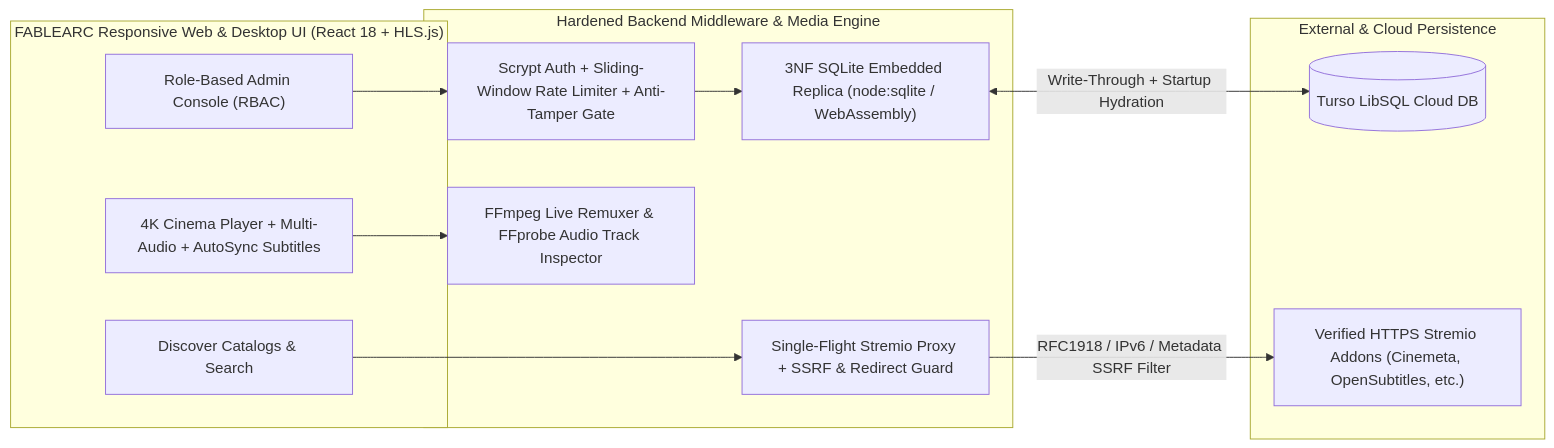
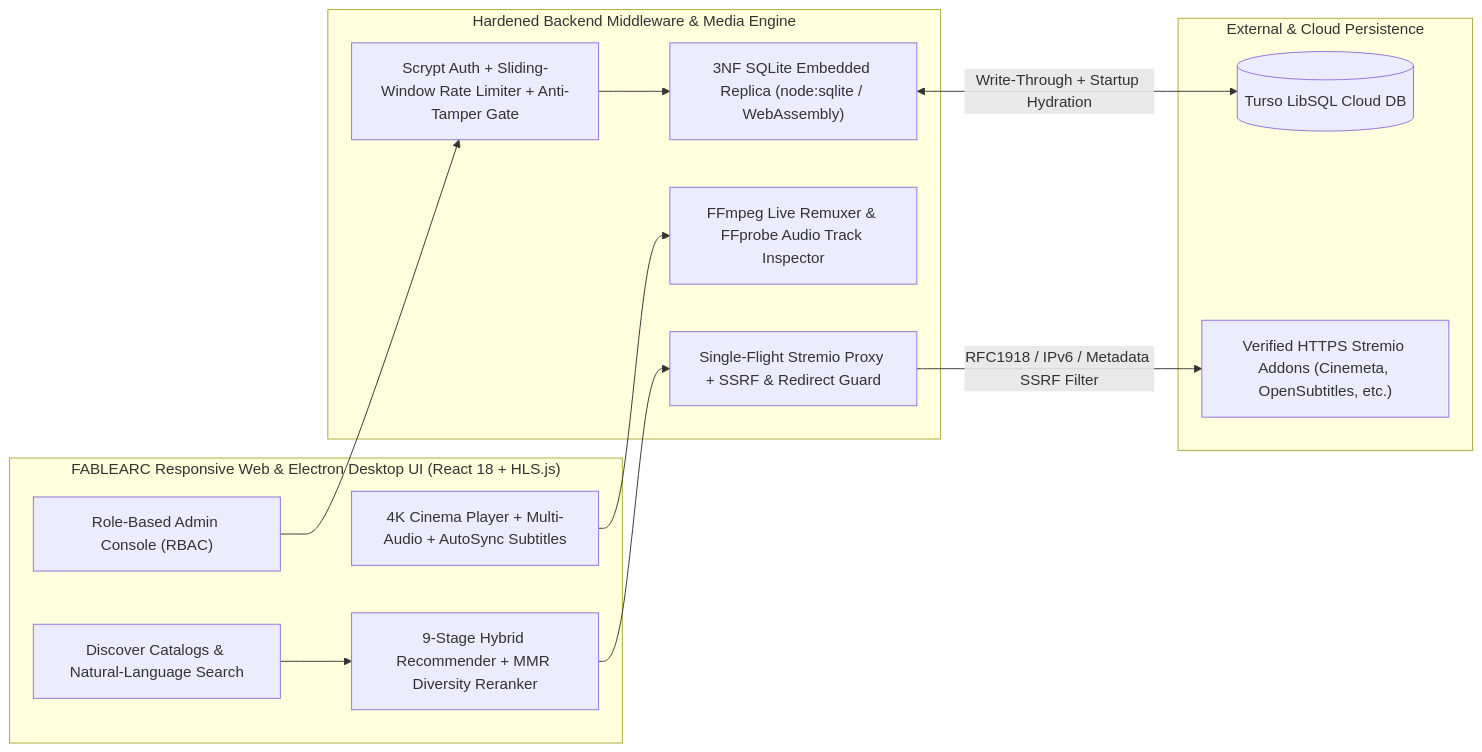
Before and after one commit to evilninja6726/fablearc: the diagram in README.md, drawn with Mermaid. The commit also changed other lines of this file and 1 other file, not shown here.

Commit message:
docs: upgrade architecture documentation and repository linguist configuration

````diff
--- a/README.md
+++ b/README.md
@@ -25,27 +25,29 @@
 ```mermaid
 flowchart LR
-  subgraph Client["FABLEARC Responsive Web & Desktop UI (React 18 + HLS.js)"]
-    Discover["Discover Catalogs & Search"]
+  subgraph Client["FABLEARC Responsive Web & Electron Desktop UI (React 18 + HLS.js)"]
+    Discover["Discover Catalogs & Natural-Language Search"]
+    RecEngine["9-Stage Hybrid Recommender + MMR Diversity Reranker"]
     Player["4K Cinema Player + Multi-Audio + AutoSync Subtitles"]
     Admin["Role-Based Admin Console (RBAC)"]
   end
 
   subgraph Server["Hardened Backend Middleware & Media Engine"]
     Auth["Scrypt Auth + Sliding-Window Rate Limiter + Anti-Tamper Gate"]
     Proxy["Single-Flight Stremio Proxy + SSRF & Redirect Guard"]
     FFmpeg["FFmpeg Live Remuxer & FFprobe Audio Track Inspector"]
     DB["3NF SQLite Embedded Replica (node:sqlite / WebAssembly)"]
   end
 
   subgraph Cloud["External & Cloud Persistence"]
     Turso[("Turso LibSQL Cloud DB")]
     Addons["Verified HTTPS Stremio Addons (Cinemeta, OpenSubtitles, etc.)"]
   end
 
-  Discover --> Proxy
+  Discover --> RecEngine
+  RecEngine --> Proxy
   Player --> FFmpeg
   Admin --> Auth
   Auth --> DB
   DB <-->|"Write-Through + Startup Hydration"| Turso
   Proxy -->|"RFC1918 / IPv6 / Metadata SSRF Filter"| Addons
 ```
````
